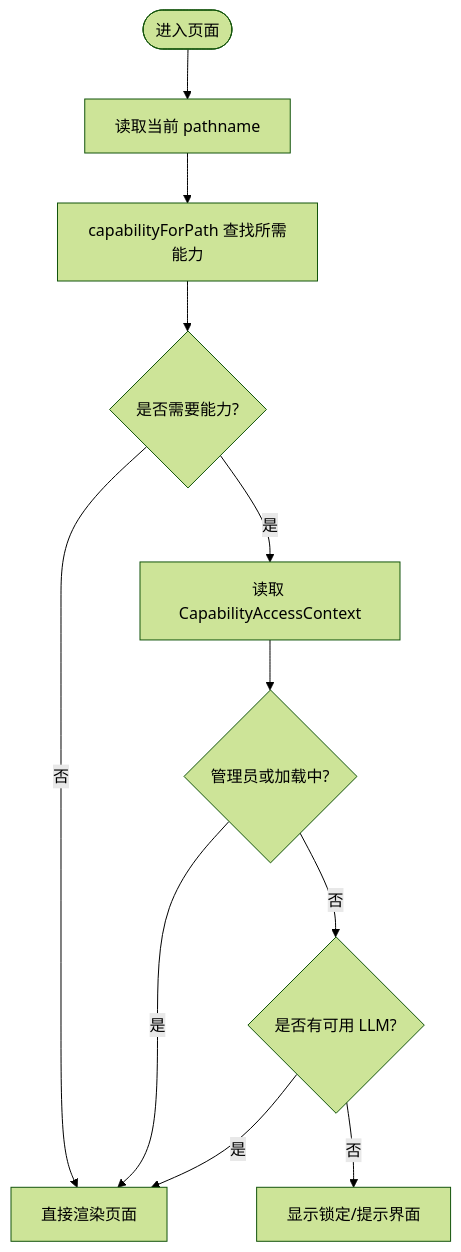
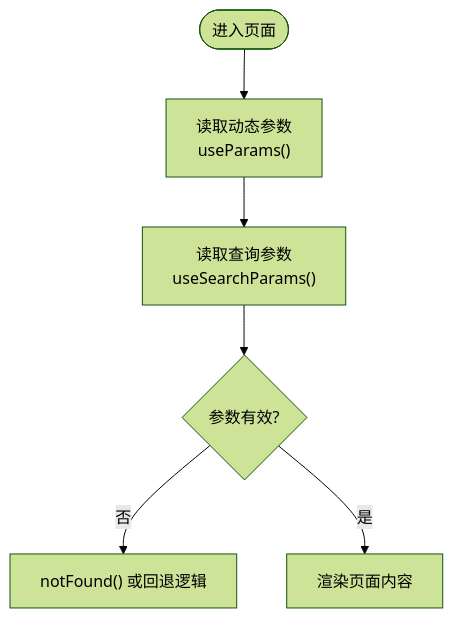
Before and after one commit to gongzili456/DeepTutor: the fourth of 9 diagrams in .qoder/repowiki/zh/content/前端架构/路由与导航.md, drawn with Mermaid (forest theme). The commit also changed other lines of this file and 1242 other files, not shown here.

````diff
--- a/.qoder/repowiki/zh/content/前端架构/路由与导航.md
+++ b/.qoder/repowiki/zh/content/前端架构/路由与导航.md
@@ -179,13 +146,8 @@
 ```mermaid
 flowchart TD
-Start(["进入页面"]) --> GetPath["读取当前 pathname"]
-GetPath --> Lookup["capabilityForPath 查找所需能力"]
-Lookup --> HasCap{"是否需要能力?"}
-HasCap -- 否 --> Render["直接渲染页面"]
-HasCap -- 是 --> CheckCtx["读取 CapabilityAccessContext"]
-CheckCtx --> AdminOrLoading{"管理员或加载中?"}
-AdminOrLoading -- 是 --> Render
-AdminOrLoading -- 否 --> HasLLM{"是否有可用 LLM?"}
-HasLLM -- 是 --> Render
-HasLLM -- 否 --> Lock["显示锁定/提示界面"]
+Start(["进入页面"]) --> ReadParams["读取动态参数<br/>useParams()"]
+ReadParams --> ReadQuery["读取查询参数<br/>useSearchParams()"]
+ReadQuery --> Validate{"参数有效?"}
+Validate --> |否| NotFound["notFound() 或回退逻辑"]
+Validate --> |是| Render["渲染页面内容"]
 ```
````
